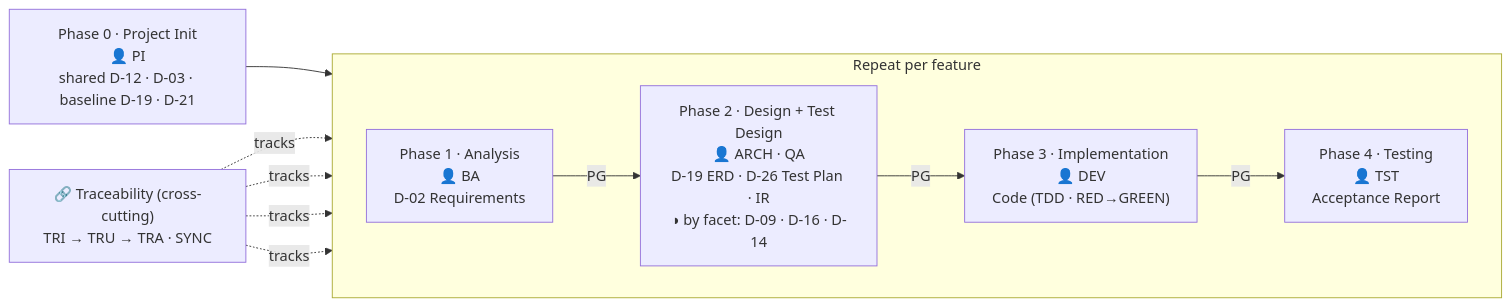
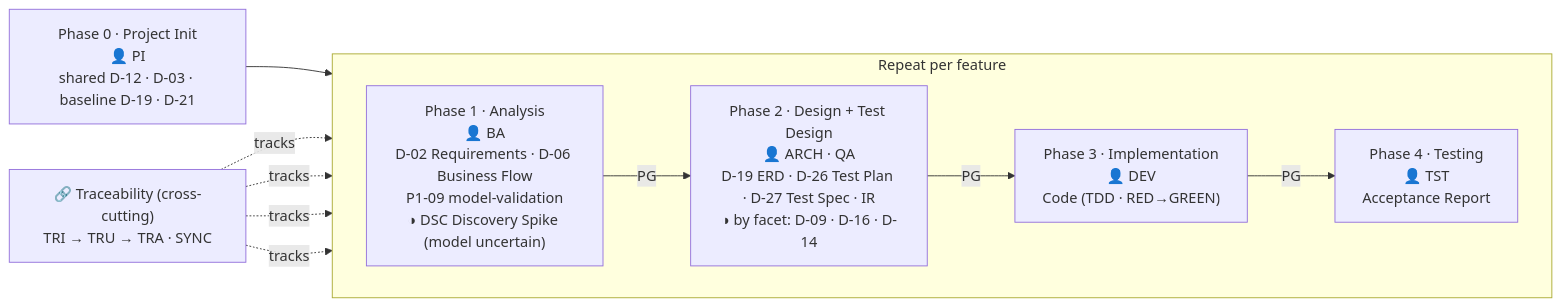
Before and after one commit to hanh9898/waterfall-bmad-method: the diagram in README.en.md, drawn with Mermaid. The commit also changed other lines of this file and 1 other file, not shown here.

Commit message:
docs(hbc): complete the README mental-model — Phase 1 was missing D-06/DSC/P1-09
The mental-model diagram's Phase-1 node only showed "D-02 Requirements" while
Phase 1 actually produces D-06 Business Flow (mandatory), runs the P1-09
model-validation, and — for uncertain features — the DSC Discovery Spike. Phase 2
also omitted D-27. Add them to both diagram nodes + two explanatory bullets
(early model validation P1-09/DSC; facet-driven design D-09/D-16/D-14) so the
front-door diagram reflects the implemented framework. Mirrored EN + VI.

````diff
--- a/README.en.md
+++ b/README.en.md
@@ -114,18 +114,18 @@
 ```mermaid
 flowchart LR
     P0["Phase 0 · Project Init<br/>👤 PI<br/>shared D-12 · D-03 · baseline D-19 · D-21"]
 
     subgraph FEAT["Repeat per feature"]
         direction LR
-        P1["Phase 1 · Analysis<br/>👤 BA<br/>D-02 Requirements"]
-        P2["Phase 2 · Design + Test Design<br/>👤 ARCH · QA<br/>D-19 ERD · D-26 Test Plan · IR<br/>◑ by facet: D-09 · D-16 · D-14"]
+        P1["Phase 1 · Analysis<br/>👤 BA<br/>D-02 Requirements · D-06 Business Flow<br/>P1-09 model-validation<br/>◑ DSC Discovery Spike (model uncertain)"]
+        P2["Phase 2 · Design + Test Design<br/>👤 ARCH · QA<br/>D-19 ERD · D-26 Test Plan · D-27 Test Spec · IR<br/>◑ by facet: D-09 · D-16 · D-14"]
         P3["Phase 3 · Implementation<br/>👤 DEV<br/>Code (TDD · RED→GREEN)"]
         P4["Phase 4 · Testing<br/>👤 TST<br/>Acceptance Report"]
         P1 -->|PG| P2 -->|PG| P3 -->|PG| P4
     end
 
     P0 --> P1
 
     TR["🔗 Traceability (cross-cutting)<br/>TRI → TRU → TRA · SYNC"]
     TR -.->|tracks| P1 & P2 & P3 & P4
 ```
````
